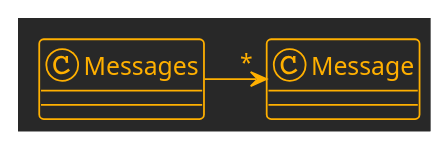
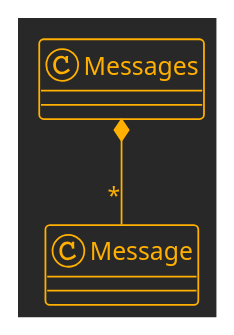
The eighth of 10 diagrams in DESIGN_CONCEPTS.md (marknelsonengineer/empire), drawn with PlantUML before and after one commit. The commit also changed other lines of this file and 1 other file, not shown here.

```diff
--- a/DESIGN_CONCEPTS.md
+++ b/DESIGN_CONCEPTS.md
@@ -308,9 +308,9 @@
 @startuml
 !theme crt-amber
 
 class Messages
 class Message
 
-Messages -right-> "*" Message 
+Messages *-- "*" Message 
 
 @enduml
```
